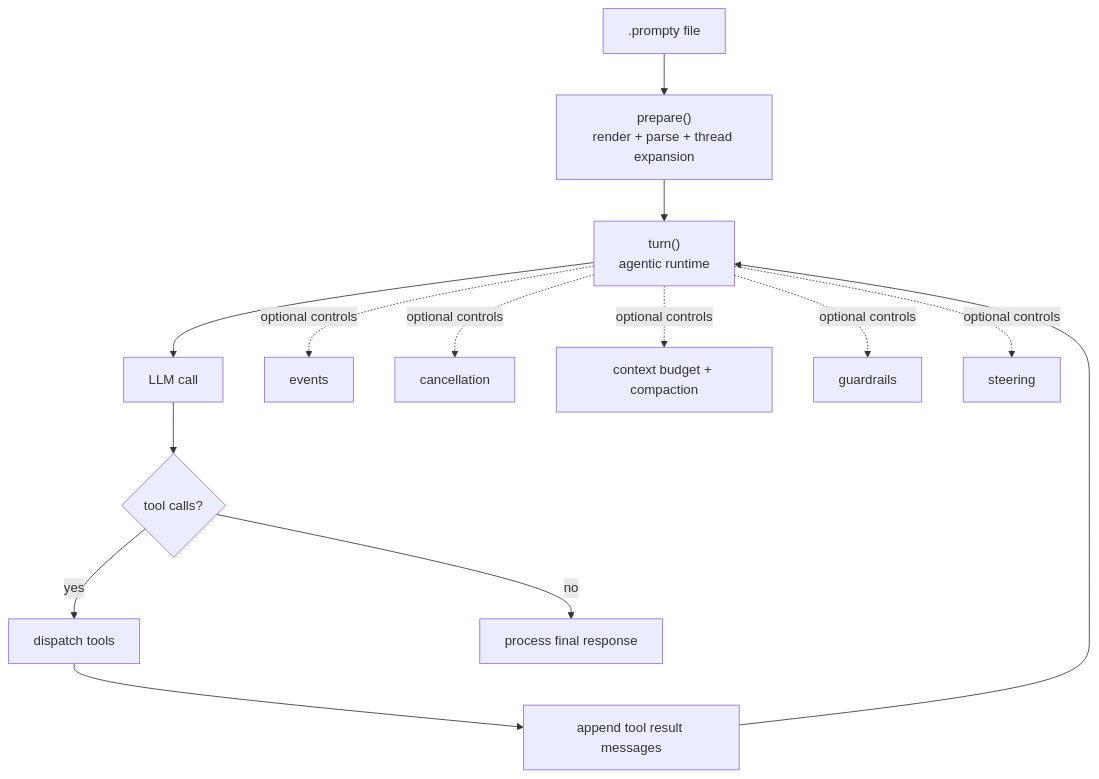
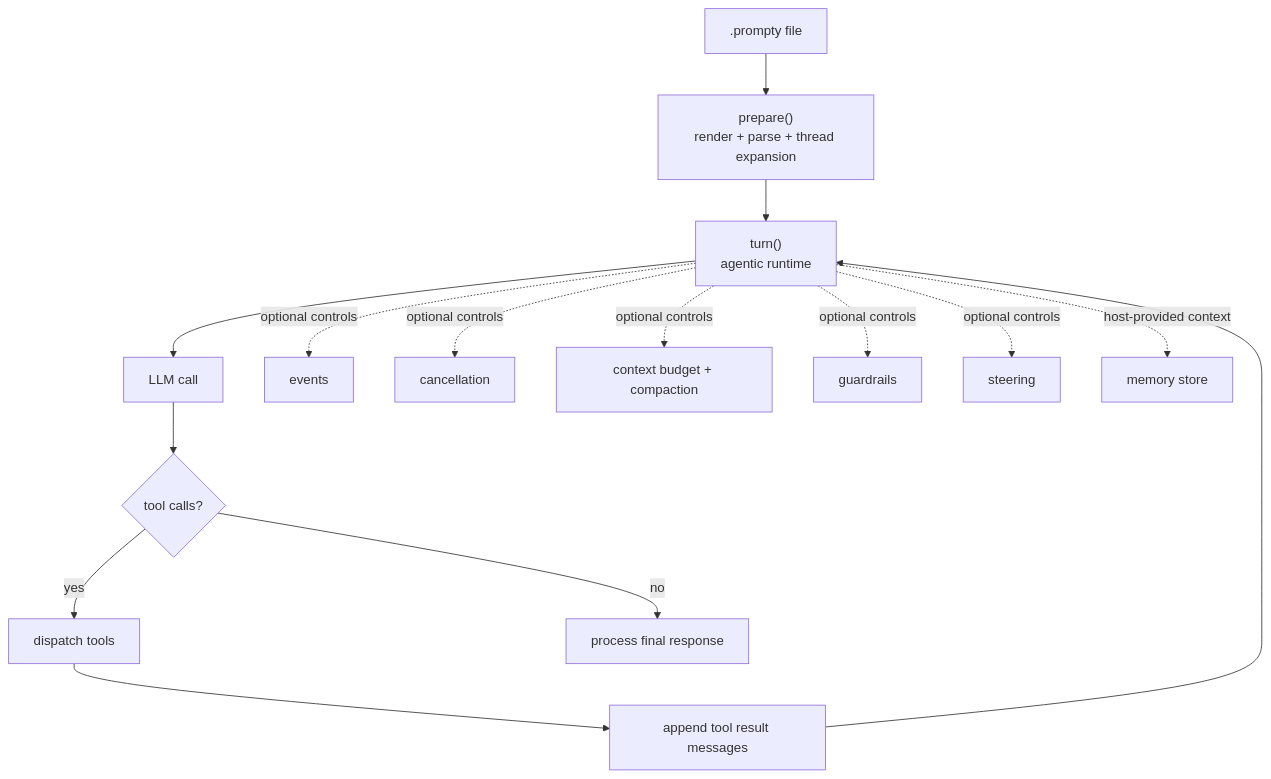
One commit to microsoft/prompty changed the diagram in web/src/content/docs/agentic-concepts/index.mdx. Above: the diagram before and after it, drawn with Mermaid. The commit also changed other lines of this file and 4 other files, not shown here.

````diff
--- a/web/src/content/docs/agentic-concepts/index.mdx
+++ b/web/src/content/docs/agentic-concepts/index.mdx
@@ -25,17 +27,18 @@
 ```mermaid
 flowchart TD
     A[".prompty file"] --> B["prepare()\nrender + parse + thread expansion"]
     B --> C["turn()\nagentic runtime"]
     C --> D["LLM call"]
     D --> E{"tool calls?"}
     E -- yes --> F["dispatch tools"]
     F --> G["append tool result messages"]
     G --> C
     E -- no --> H["process final response"]
 
     C -. "optional controls" .-> I["events"]
     C -. "optional controls" .-> J["cancellation"]
     C -. "optional controls" .-> K["context budget + compaction"]
     C -. "optional controls" .-> L["guardrails"]
     C -. "optional controls" .-> M["steering"]
+    C -. "host-provided context" .-> N["memory store"]
 ```
````
